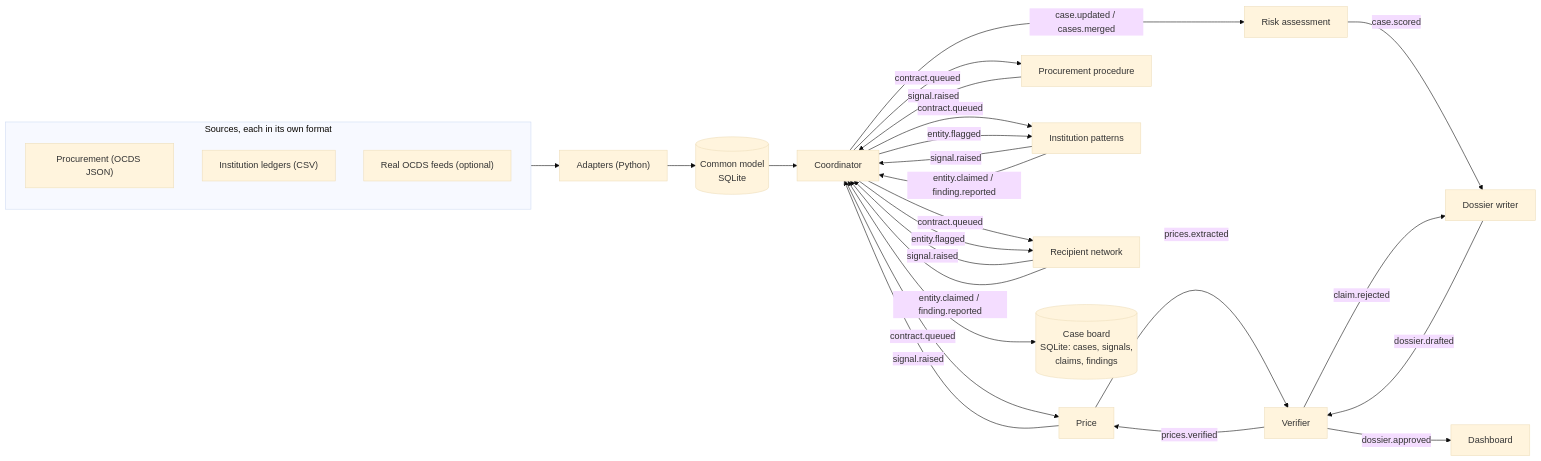
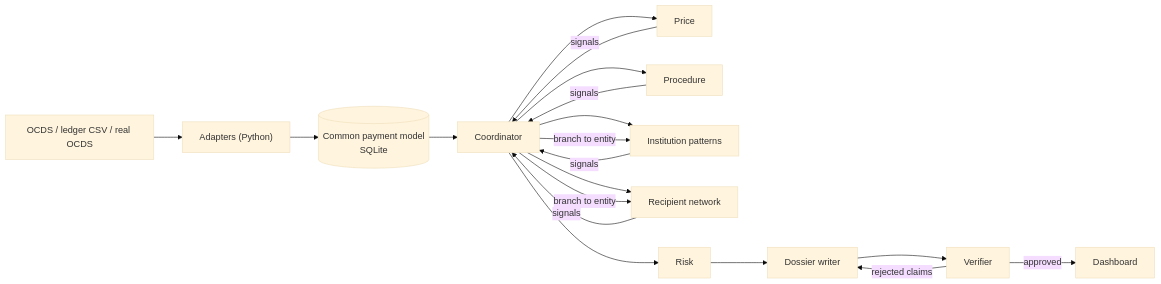
The diagram in README.md (vuk-djordjevic/inquest), drawn with Mermaid (base theme) before and after one commit. The commit also changed other lines of this file and 6 other files, not shown here.

Commit message:
bugfix: dashboard didn't update with real data

````diff
--- a/README.md
+++ b/README.md
@@ -51,21 +144,11 @@
 ```mermaid
 flowchart LR
-  subgraph Sources["Sources, each in its own format"]
-    OCDS["Procurement (OCDS JSON)"]
-    LED["Institution ledgers (CSV)"]
-    REAL["Real OCDS feeds (optional)"]
-  end
-  Sources --> AD["Adapters (Python)"] --> DB[("Common model\nSQLite")]
+  SRC["OCDS / ledger CSV / real OCDS"] --> AD["Adapters (Python)"] --> DB[("Common payment model\nSQLite")]
   DB --> CO[Coordinator]
-  CO -- contract.queued --> PR[Price] & PP[Procurement procedure] & IP[Institution patterns] & RN[Recipient network]
-  PR & PP & IP & RN -- signal.raised --> CO
-  CO -- entity.flagged --> IP & RN
-  IP & RN -- entity.claimed / finding.reported --> CO
-  CO -- case.updated / cases.merged --> RA[Risk assessment]
-  RA -- case.scored --> DW[Dossier writer]
-  DW -- dossier.drafted --> VE[Verifier]
-  VE -- claim.rejected --> DW
-  VE -- dossier.approved --> UI[Dashboard]
-  PR -- prices.extracted --> VE -- prices.verified --> PR
-  CO <--> BOARD[("Case board\nSQLite: cases, signals,\nclaims, findings")]
+  CO --> PR[Price] & PP[Procedure] & IP[Institution patterns] & RN[Recipient network]
+  PR & PP & IP & RN -- signals --> CO
+  CO -- branch to entity --> IP & RN
+  CO --> RA[Risk] --> DW[Dossier writer] --> VE[Verifier]
+  VE -- rejected claims --> DW
+  VE -- approved --> UI[Dashboard]
 ```
````
